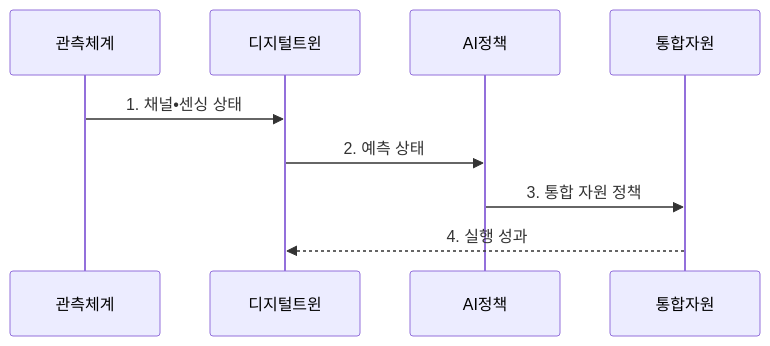
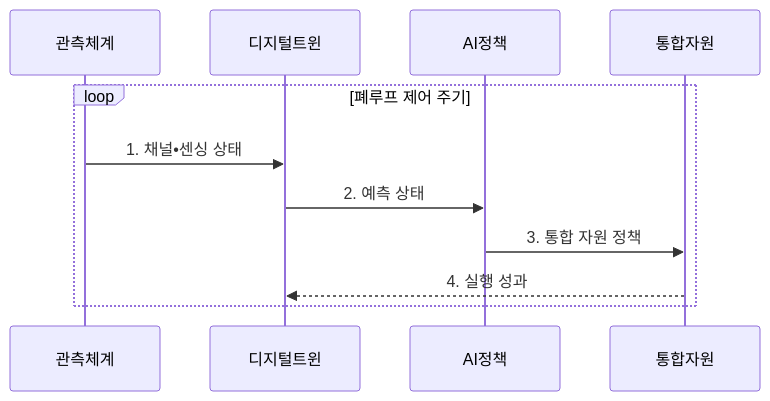
One commit to agnusdei1207/knowledge-base changed the second of 2 diagrams in src/content/docs/notes/04-network/042_6g_technologies.md. Above: the diagram before and after it, drawn with Mermaid. The commit also changed other lines of this file and 7 other files, not shown here.

````diff
--- a/src/content/docs/notes/04-network/042_6g_technologies.md
+++ b/src/content/docs/notes/04-network/042_6g_technologies.md
@@ -109,11 +109,13 @@
 ```mermaid
 sequenceDiagram
     participant 관측체계
     participant 디지털트윈
     participant AI정책
     participant 통합자원
-    관측체계->>디지털트윈: 1. 채널•센싱 상태
-    디지털트윈->>AI정책: 2. 예측 상태
-    AI정책->>통합자원: 3. 통합 자원 정책
-    통합자원-->>디지털트윈: 4. 실행 성과
+    loop 폐루프 제어 주기
+        관측체계->>디지털트윈: 1. 채널•센싱 상태
+        디지털트윈->>AI정책: 2. 예측 상태
+        AI정책->>통합자원: 3. 통합 자원 정책
+        통합자원-->>디지털트윈: 4. 실행 성과
+    end
 ```
````
